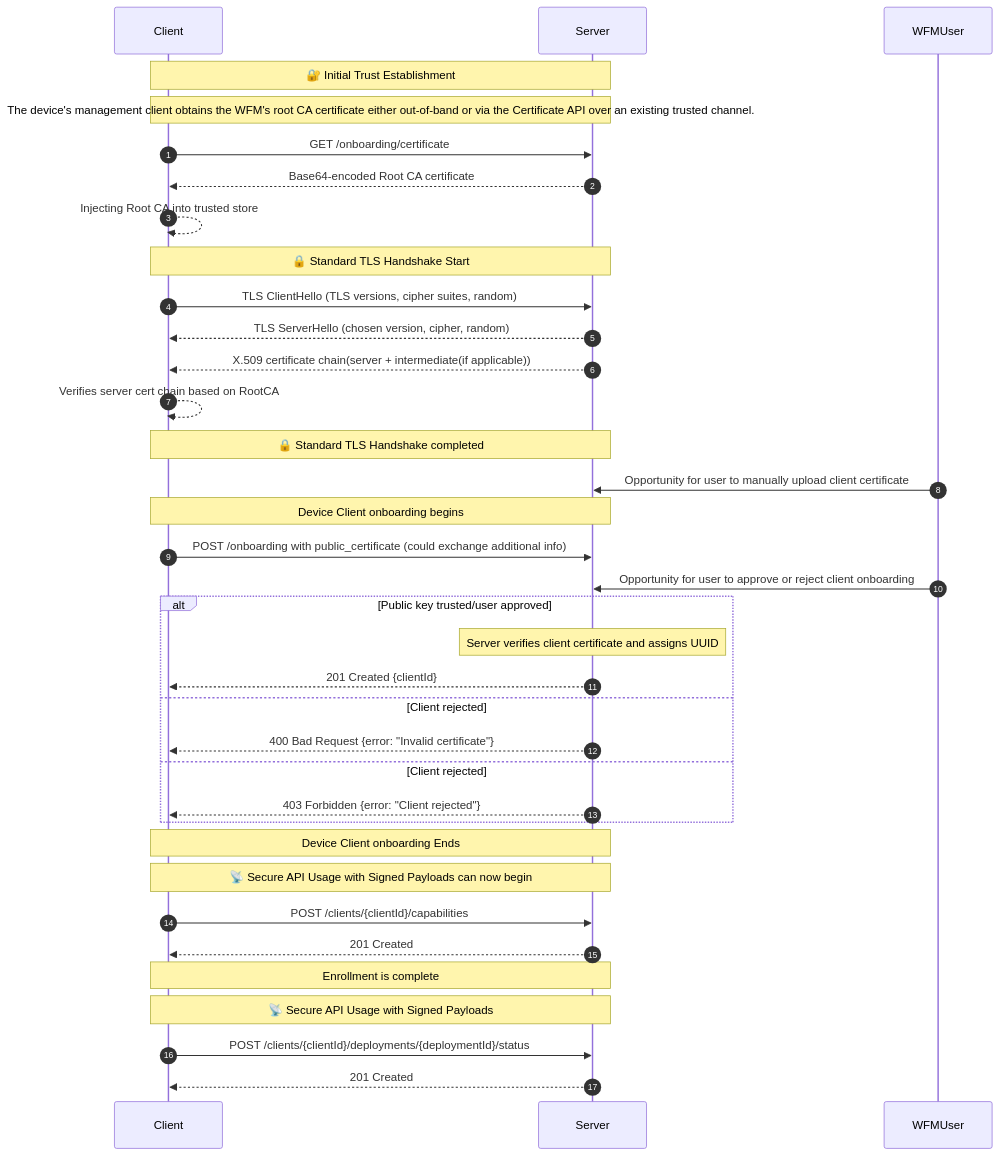
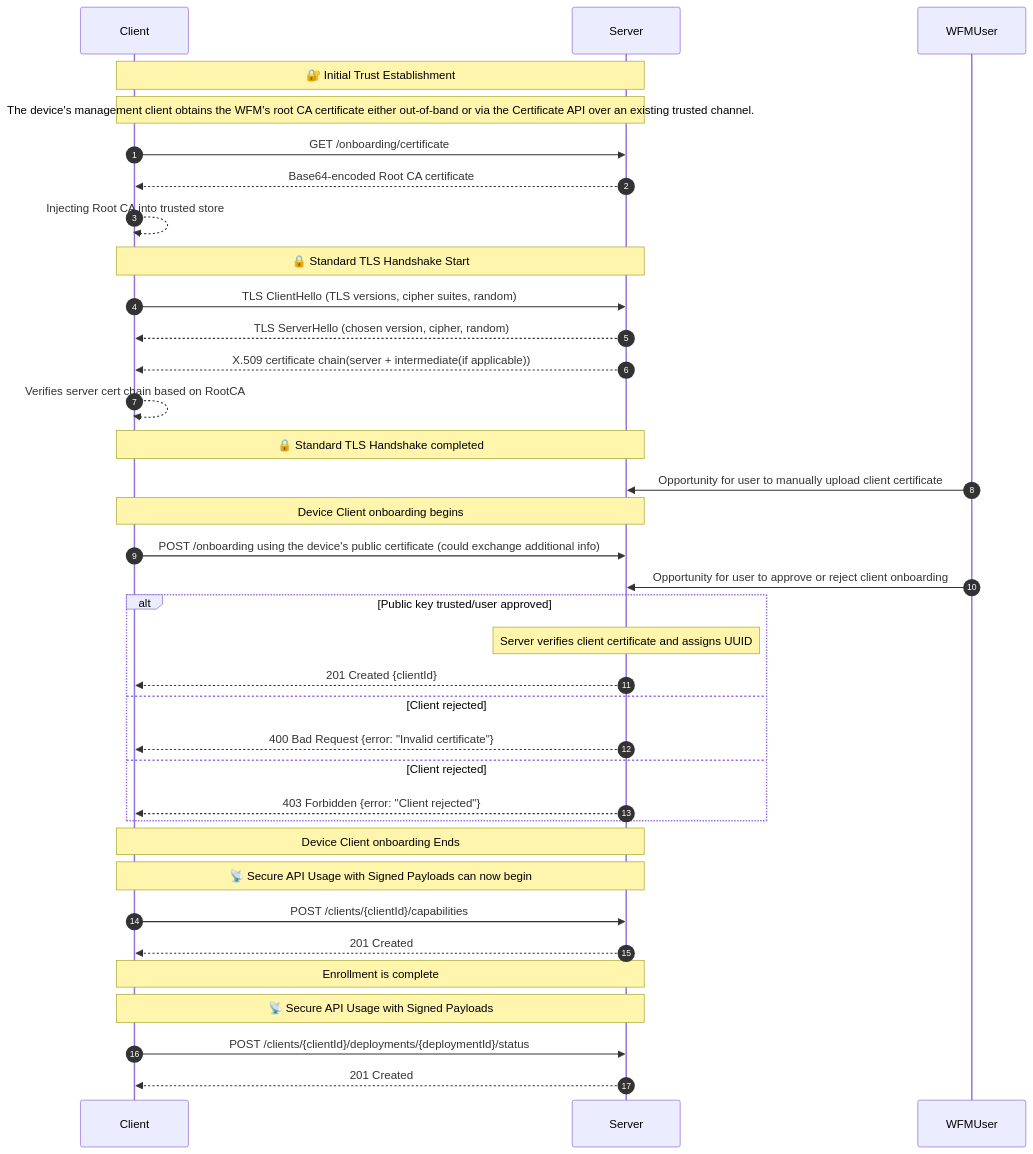
One commit to Silvanoc/margo-specification changed the diagram in system-design/specification/margo-management-interface/device-client-onboarding.md. Above: the diagram before and after it, drawn with Mermaid.

Commit message:
docs(md): fixes onboarding seq diagram (#178)
Corrects the onboarding sequence diagram to use `certificate` instead of
`public_certificate` wording in the flow diagram.

Closes #133

````diff
--- a/system-design/specification/margo-management-interface/device-client-onboarding.md
+++ b/system-design/specification/margo-management-interface/device-client-onboarding.md
@@ -17,41 +17,41 @@
 ```mermaid
 sequenceDiagram
     autonumber
     participant Client
     participant Server
 
     Note over Client,Server: 🔐 Initial Trust Establishment
     Note over Client,Server: The device's management client obtains the WFM's root CA certificate either out-of-band or via the Certificate API over an existing trusted channel.
     Client->>Server: GET /onboarding/certificate
     Server-->>Client: Base64-encoded Root CA certificate
     Client-->>Client: Injecting Root CA into trusted store
 
     Note over Client,Server: 🔒 Standard TLS Handshake Start
     Client->>Server: TLS ClientHello (TLS versions, cipher suites, random)
     Server-->>Client: TLS ServerHello (chosen version, cipher, random)
     Server-->>Client: X.509 certificate chain(server + intermediate(if applicable))
     Client-->>Client: Verifies server cert chain based on RootCA
     Note over Client,Server: 🔒 Standard TLS Handshake completed
     WFMUser->>Server: Opportunity for user to manually upload client certificate
     Note over Client,Server: Device Client onboarding begins
-    Client->>Server: POST /onboarding with public_certificate (could exchange additional info)
+    Client->>Server: POST /onboarding using the device's public certificate (could exchange additional info)
     WFMUser->>Server: Opportunity for user to approve or reject client onboarding
     alt Public key trusted/user approved
         Note over Server: Server verifies client certificate and assigns UUID
         Server-->>Client: 201 Created {clientId}
     else Client rejected
         Server-->>Client: 400 Bad Request {error: "Invalid certificate"}
     else Client rejected
         Server-->>Client: 403 Forbidden {error: "Client rejected"}
     end
 
     Note over Client,Server: Device Client onboarding Ends
     Note over Client,Server: 📡 Secure API Usage with Signed Payloads can now begin
 
     Client->>Server: POST /clients/{clientId}/capabilities
     Server-->>Client: 201 Created
     Note over Client,Server: Enrollment is complete
     Note over Client,Server: 📡 Secure API Usage with Signed Payloads
     Client->>Server: POST /clients/{clientId}/deployments/{deploymentId}/status
     Server-->>Client: 201 Created
 ```
````
